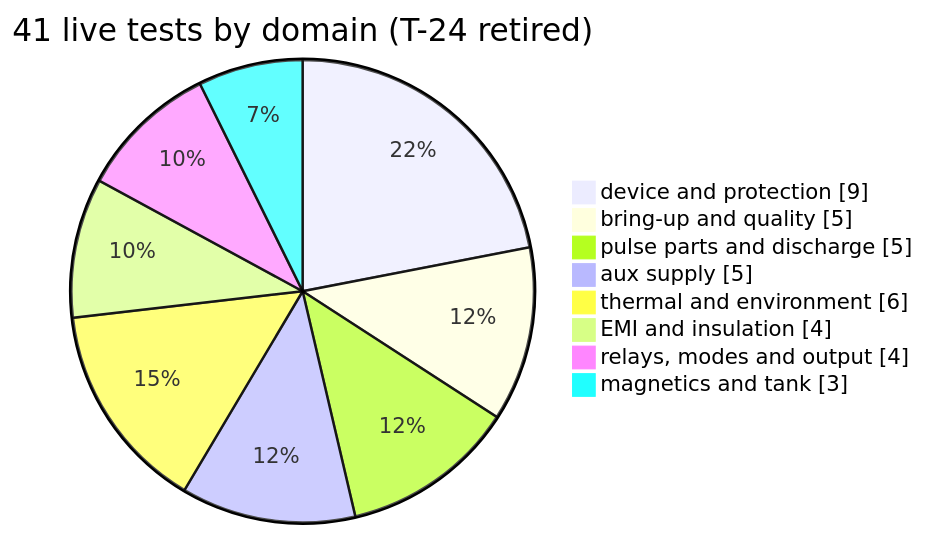
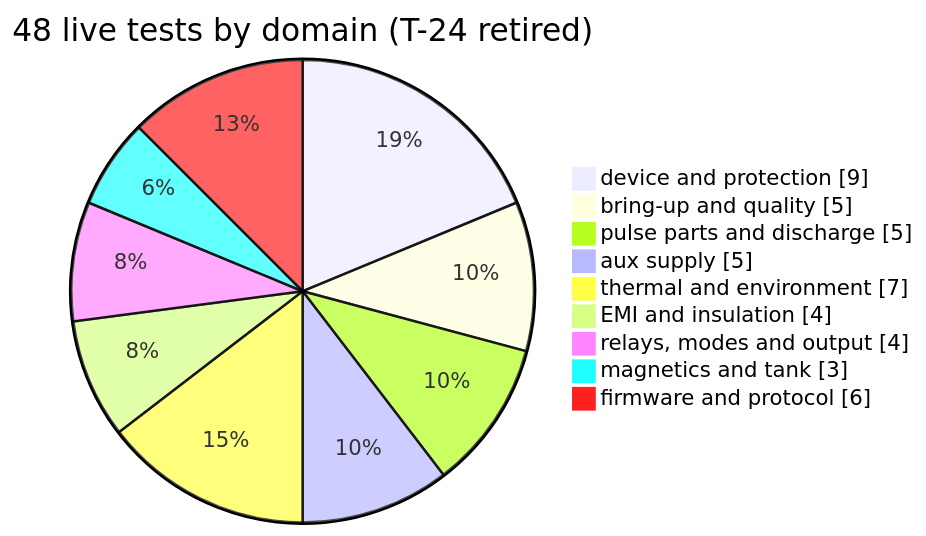
The first of 2 diagrams in docs/evt-plan.md (vectivolt/DC-Modules), drawn with Mermaid before and after one commit. The commit also changed other lines of this file and 81 other files, not shown here.

````diff
--- a/docs/evt-plan.md
+++ b/docs/evt-plan.md
@@ -40,11 +41,12 @@
 ```mermaid
-pie showData title 41 live tests by domain (T-24 retired)
+pie showData title 48 live tests by domain (T-24 retired)
   "device and protection" : 9
   "bring-up and quality" : 5
   "pulse parts and discharge" : 5
   "aux supply" : 5
-  "thermal and environment" : 6
+  "thermal and environment" : 7
   "EMI and insulation" : 4
   "relays, modes and output" : 4
   "magnetics and tank" : 3
+  "firmware and protocol" : 6
 ```
````
